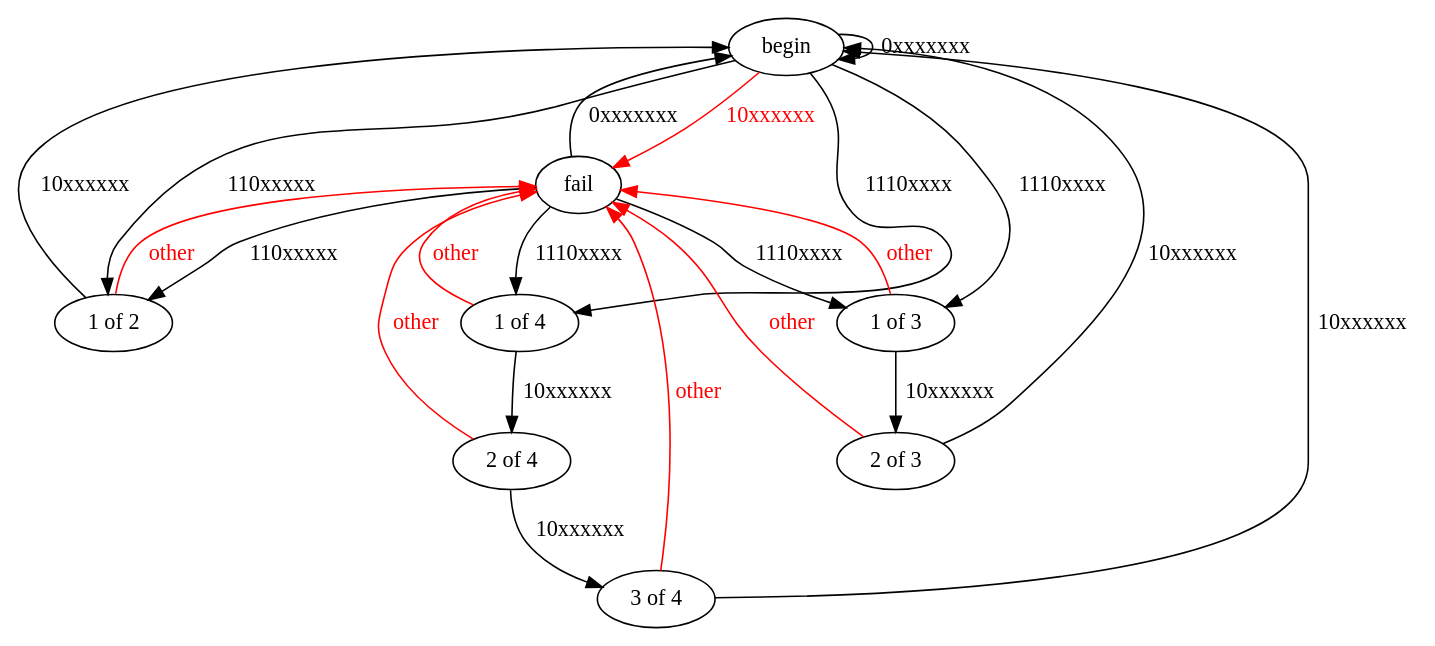
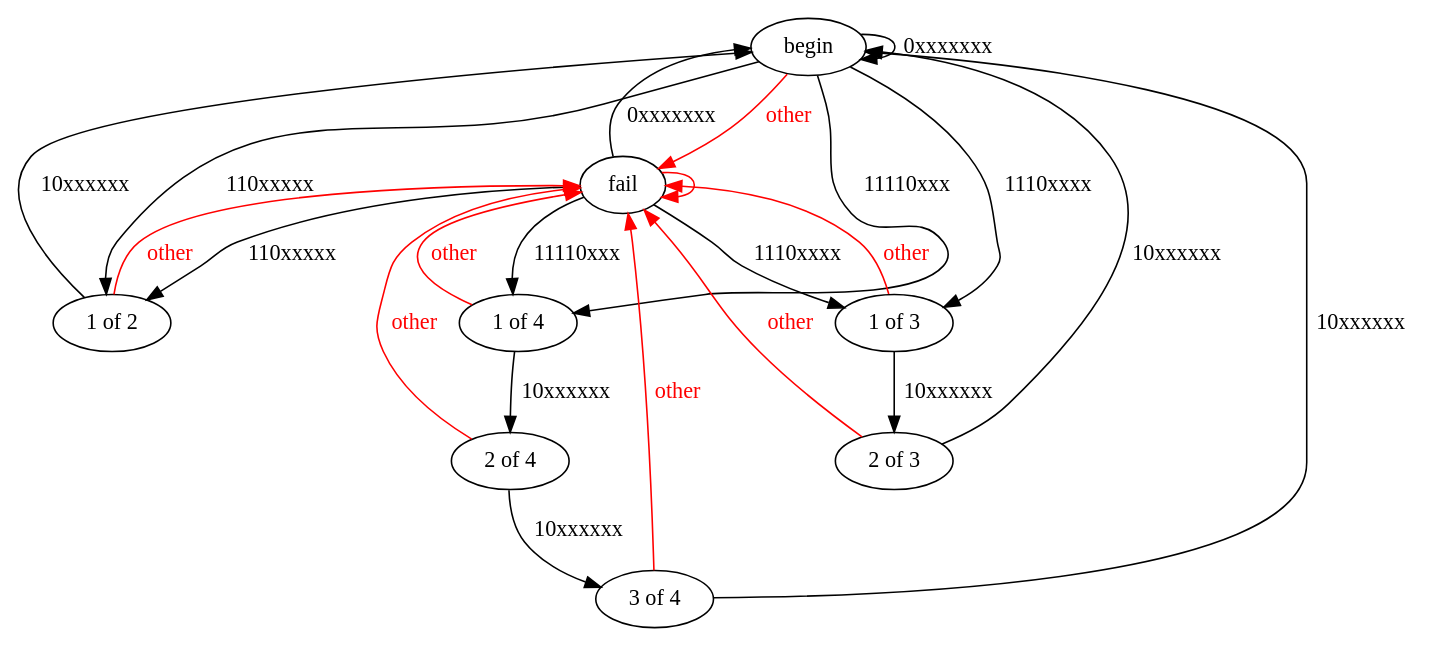
The diagram in states.dot (bediger4000/utf8validator), drawn with Graphviz before and after one commit. The commit also changed 1 other file, not shown here.

```diff
--- a/states.dot
+++ b/states.dot
@@ -1,37 +1,38 @@
 digraph g {
 begin     [label="begin"];
 fail      [label="fail"];
 read1of2  [label="1 of 2"];
 read1of3  [label="1 of 3"];
 read2of3  [label="2 of 3"];
 read1of4  [label="1 of 4"];
 read2of4  [label="2 of 4"];
 read3of4  [label="3 of 4"];
 
-begin -> begin [label="0xxxxxxx"];
-fail -> begin  [label="0xxxxxxx"];
+begin -> begin    [label="0xxxxxxx"];
+begin -> fail     [label="other",color="red",fontcolor="red"];
+begin -> read1of2 [label="110xxxxx"];
+begin -> read1of3 [label="1110xxxx"];
+begin -> read1of4 [label="11110xxx"];
 
-begin -> read1of2 [label="110xxxxx"];
 read1of2 -> begin [label="10xxxxxx"];
 read1of2 -> fail [label="other",color="red",fontcolor="red"];
 
-begin -> read1of3    [label="1110xxxx"];
 read1of3 -> read2of3 [label="10xxxxxx"];
 read1of3 -> fail     [label="other",color="red",fontcolor="red"];
 read2of3 -> begin    [label="10xxxxxx"];
 read2of3 -> fail     [label="other",color="red",fontcolor="red"];
 
-begin    -> read1of4 [label="1110xxxx"];
 read1of4 -> read2of4 [label="10xxxxxx"];
 read1of4 -> fail     [label="other",color="red",fontcolor="red"];
 read2of4 -> read3of4 [label="10xxxxxx"];
 read2of4 -> fail     [label="other",color="red",fontcolor="red"];
 read3of4 -> begin    [label="10xxxxxx"];
 read3of4 -> fail     [label="other",color="red",fontcolor="red"];
 
+fail -> begin    [label="0xxxxxxx"];
 fail -> read1of2 [label="110xxxxx"];
 fail -> read1of3 [label="1110xxxx"];
-fail -> read1of4     [label="1110xxxx"];
-begin -> fail    [label="10xxxxxx",color="red",fontcolor="red"];
+fail -> read1of4 [label="11110xxx"];
+fail -> fail     [lable="other",color="red",fontcolor="red"];
 
 }
```
